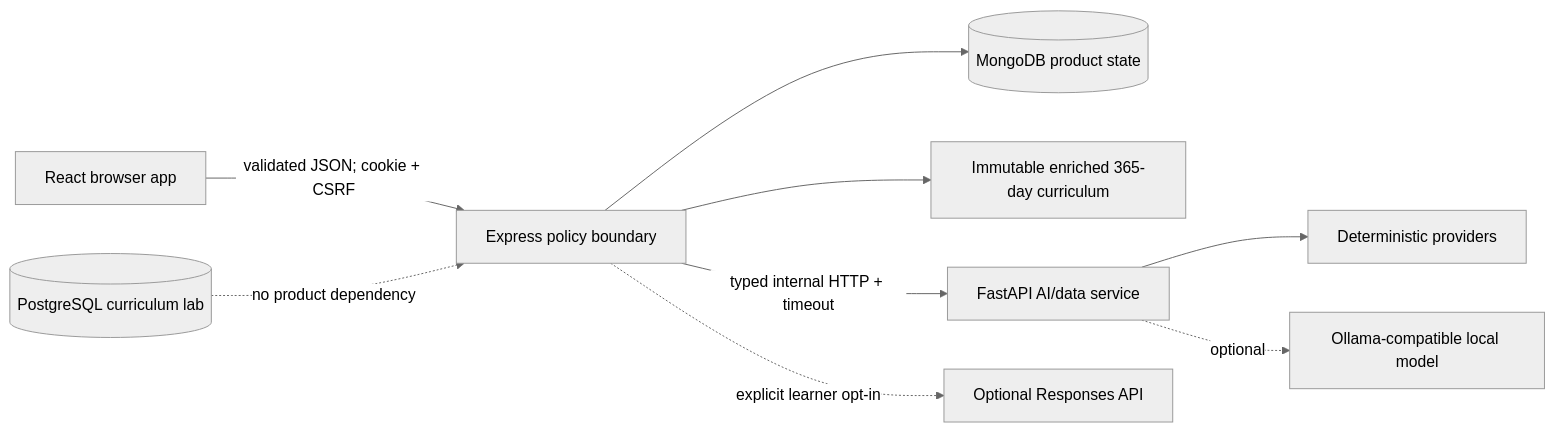
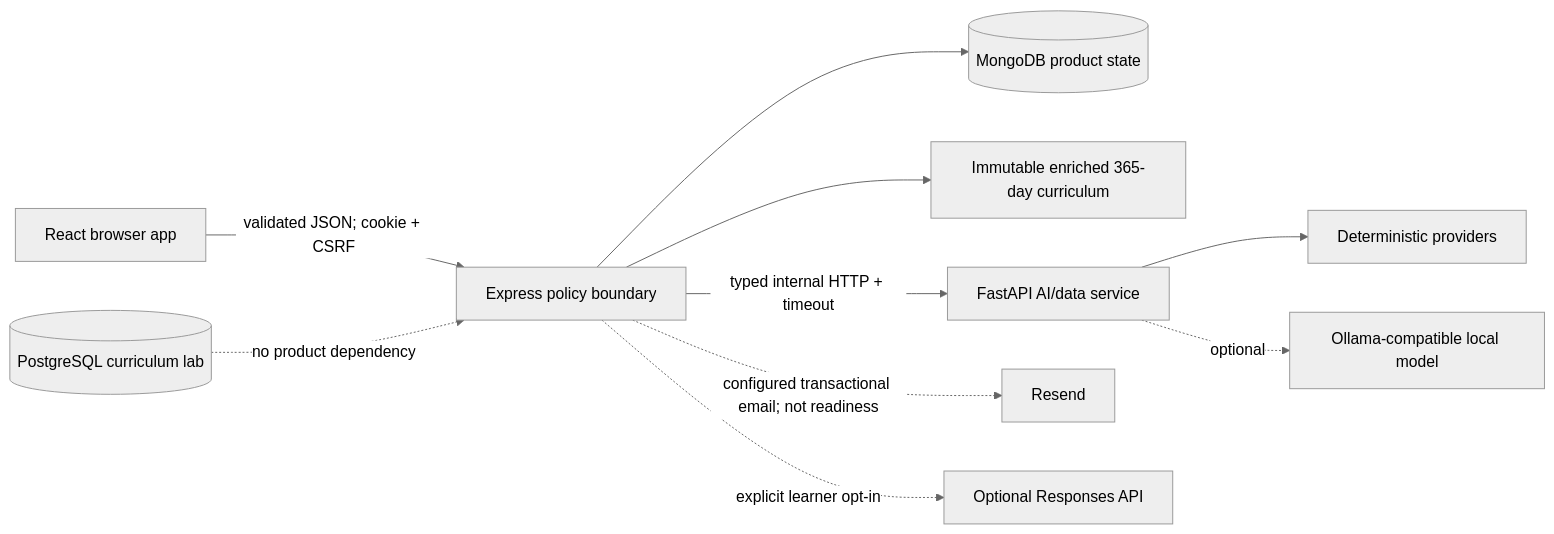
Before and after one commit to muckele/CodePilot: the diagram in README.md, drawn with Mermaid (neutral theme). The commit also changed other lines of this file and 25 other files, not shown here.

````diff
--- a/README.md
+++ b/README.md
@@ -50,11 +51,12 @@
 ```mermaid
 flowchart LR
   Browser["React browser app"] -->|"validated JSON; cookie + CSRF"| Node["Express policy boundary"]
   Node --> Mongo[("MongoDB product state")]
   Node --> Curriculum["Immutable enriched 365-day curriculum"]
   Node -->|"typed internal HTTP + timeout"| Python["FastAPI AI/data service"]
+  Node -. "configured transactional email; not readiness" .-> Resend["Resend"]
   Python --> Mock["Deterministic providers"]
   Python -. optional .-> Local["Ollama-compatible local model"]
   Node -. explicit learner opt-in .-> OpenAI["Optional Responses API"]
   Postgres[("PostgreSQL curriculum lab")] -. no product dependency .-> Node
 ```
````
